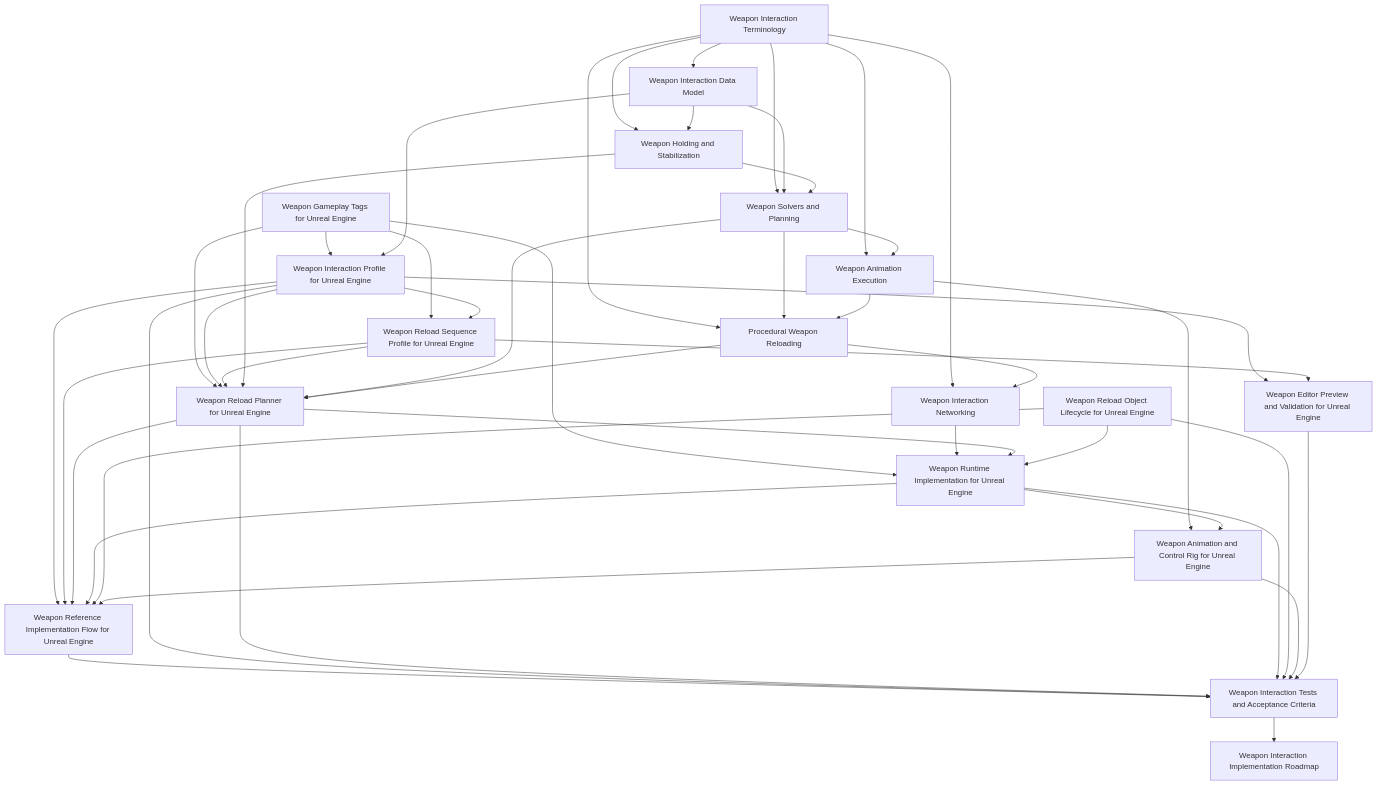
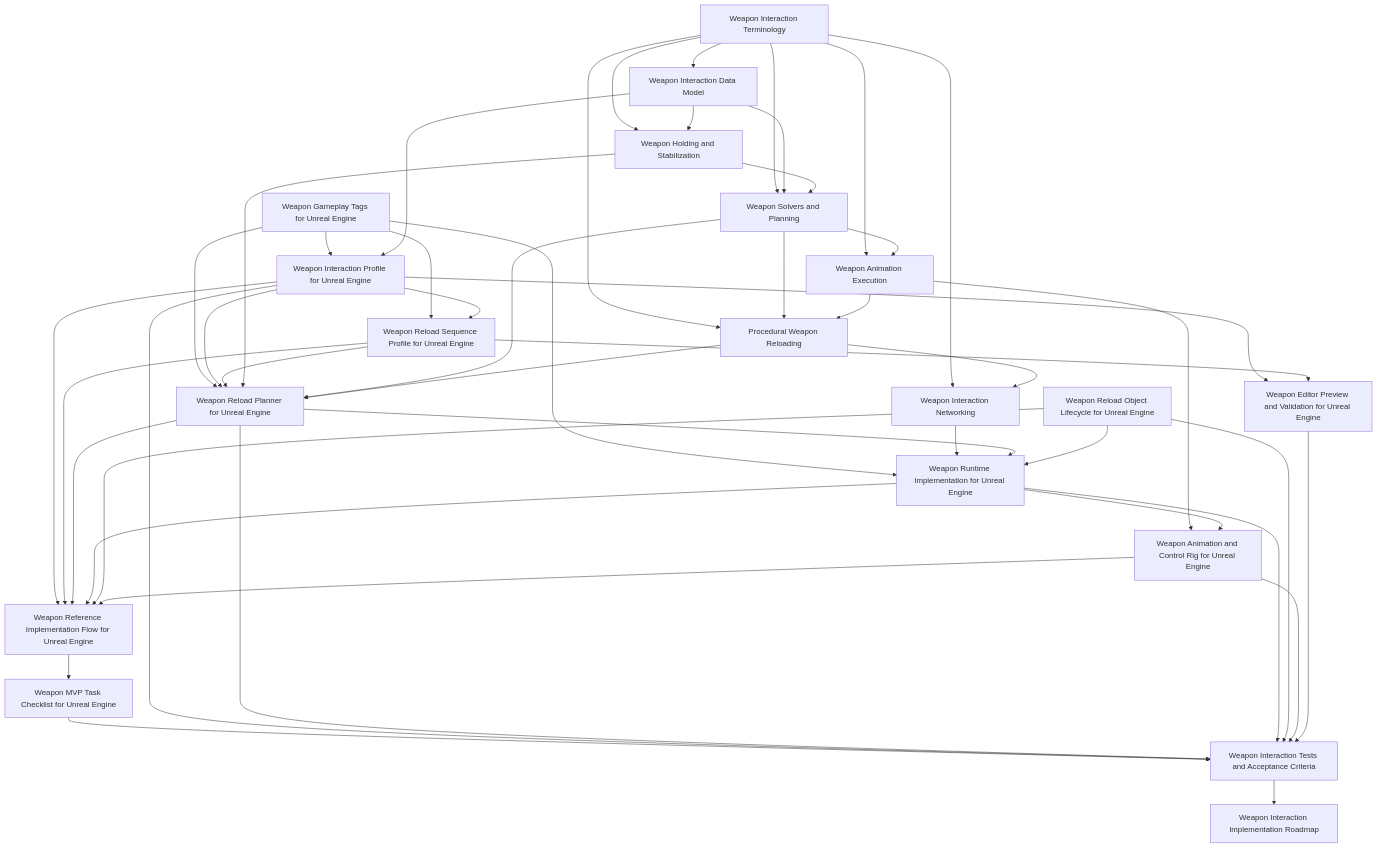
The diagram in docs/12-weapon-interaction/index.md (o-codify/HumanLocomotionSpecificationDocs), drawn with Mermaid before and after one commit. The commit also changed other lines of this file, not shown here.

Commit message:
Add MVP task checklist to weapon interaction index

````diff
--- a/docs/12-weapon-interaction/index.md
+++ b/docs/12-weapon-interaction/index.md
@@ -155,71 +161,73 @@
 ```mermaid
 flowchart TD
     Terms[Weapon Interaction Terminology]
     Data[Weapon Interaction Data Model]
     Holding[Weapon Holding and Stabilization]
     Solvers[Weapon Solvers and Planning]
     AnimExec[Weapon Animation Execution]
     Reload[Procedural Weapon Reloading]
     Net[Weapon Interaction Networking]
     Tags[Weapon Gameplay Tags for Unreal Engine]
     UEProfile[Weapon Interaction Profile for Unreal Engine]
     UESeq[Weapon Reload Sequence Profile for Unreal Engine]
     UEPlanner[Weapon Reload Planner for Unreal Engine]
     UERuntime[Weapon Runtime Implementation for Unreal Engine]
     UEObjects[Weapon Reload Object Lifecycle for Unreal Engine]
     UERig[Weapon Animation and Control Rig for Unreal Engine]
     UEPreview[Weapon Editor Preview and Validation for Unreal Engine]
     Ref[Weapon Reference Implementation Flow for Unreal Engine]
+    Checklist[Weapon MVP Task Checklist for Unreal Engine]
     Tests[Weapon Interaction Tests and Acceptance Criteria]
     Roadmap[Weapon Interaction Implementation Roadmap]
 
     Terms --> Data
     Terms --> Holding
     Terms --> Solvers
     Terms --> AnimExec
     Terms --> Reload
     Terms --> Net
 
     Data --> Holding
     Data --> Solvers
     Holding --> Solvers
     Solvers --> AnimExec
     Solvers --> Reload
     AnimExec --> Reload
     Reload --> Net
 
     Tags --> UEProfile
     Tags --> UESeq
     Tags --> UEPlanner
     Tags --> UERuntime
     Data --> UEProfile
     UEProfile --> UESeq
     UEProfile --> UEPlanner
     UESeq --> UEPlanner
     Holding --> UEPlanner
     Solvers --> UEPlanner
     Reload --> UEPlanner
     Net --> UERuntime
     UEPlanner --> UERuntime
     UEObjects --> UERuntime
     AnimExec --> UERig
     UERuntime --> UERig
     UEProfile --> UEPreview
     UESeq --> UEPreview
 
     UEProfile --> Ref
     UESeq --> Ref
     UEPlanner --> Ref
     UERuntime --> Ref
     UEObjects --> Ref
     UERig --> Ref
 
-    Ref --> Tests
+    Ref --> Checklist
+    Checklist --> Tests
     UEProfile --> Tests
     UEPlanner --> Tests
     UERuntime --> Tests
     UEObjects --> Tests
     UERig --> Tests
     UEPreview --> Tests
     Tests --> Roadmap
 ```
````
